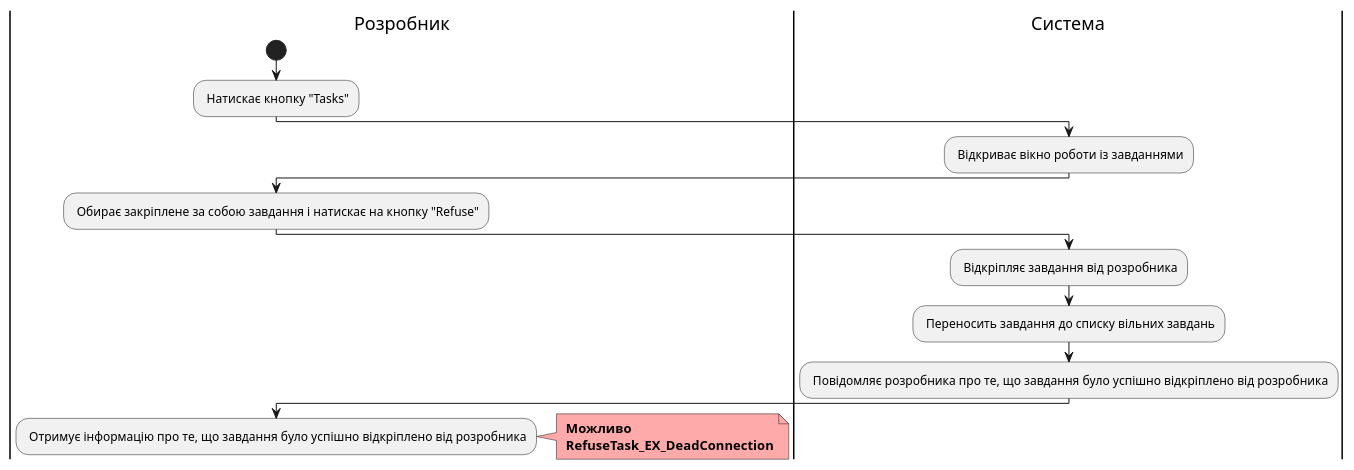
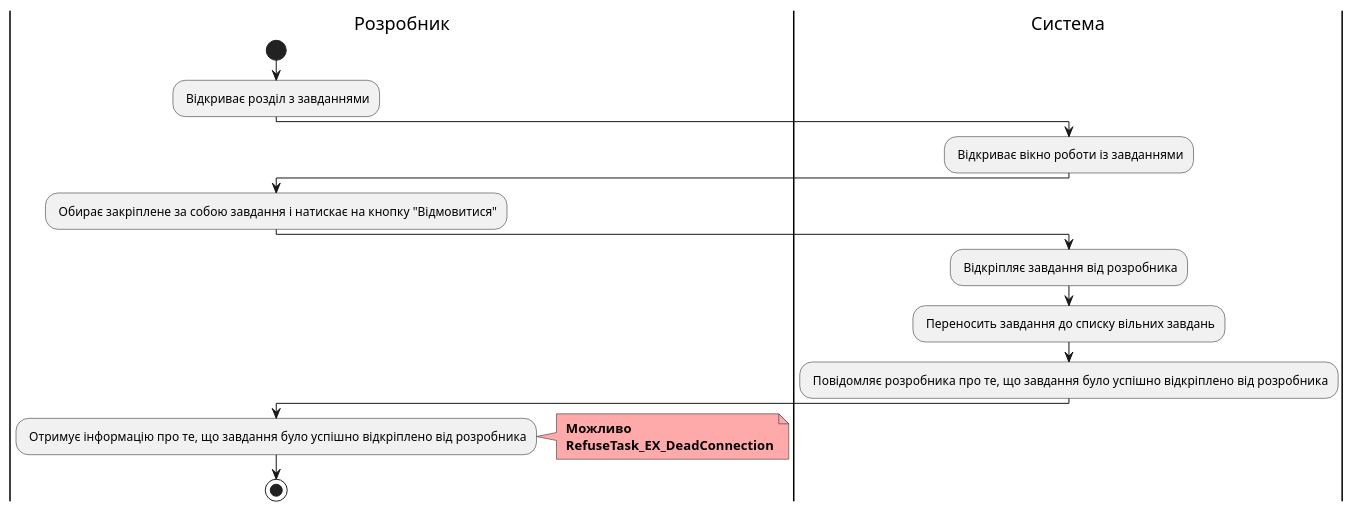
Before and after one commit to boldak/edu-db-cw: diagram 16 of 19 in docs/use cases/README.md, drawn with PlantUML. The commit also changed other lines of this file and 1 other file, not shown here.

```diff
--- a/docs/use cases/README.md
+++ b/docs/use cases/README.md
@@ -1079,29 +1103,30 @@
 @startuml
 
     |Розробник|
         start
-        : Натискає кнопку "Tasks";
+        : Відкриває розділ з завданнями;
 
     |Система|
         : Відкриває вікно роботи із завданнями;
 
     |Розробник|
-        : Обирає закріплене за собою завдання і натискає на кнопку "Refuse";
+        : Обирає закріплене за собою завдання і натискає на кнопку "Відмовитися";
 
     |Система|
         : Відкріпляє завдання від розробника;
 
     |Система|
         : Переносить завдання до списку вільних завдань;
 
     |Система|
         : Повідомляє розробника про те, що завдання було успішно відкріплено від розробника;
 
     |Розробник|
         : Отримує інформацію про те, що завдання було успішно відкріплено від розробника;
         note right #ffaaaa
         <b> Можливо
         <b> RefuseTask_EX_DeadConnection
         end note
+        stop;
 
 @enduml
```
